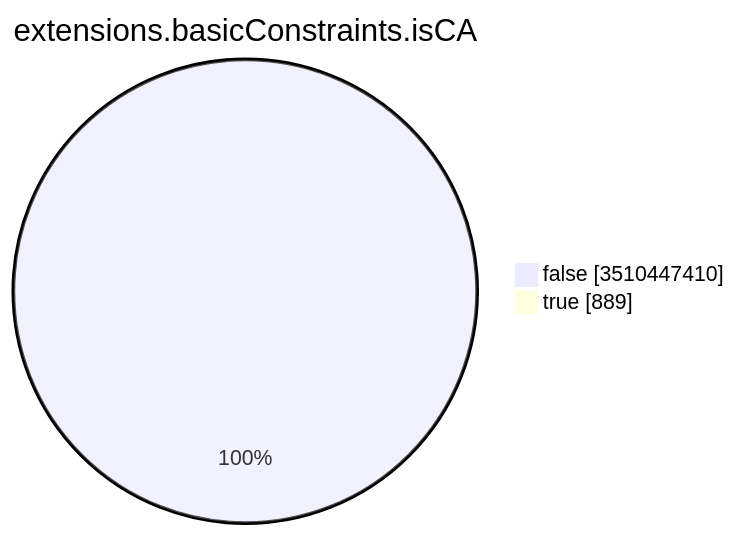
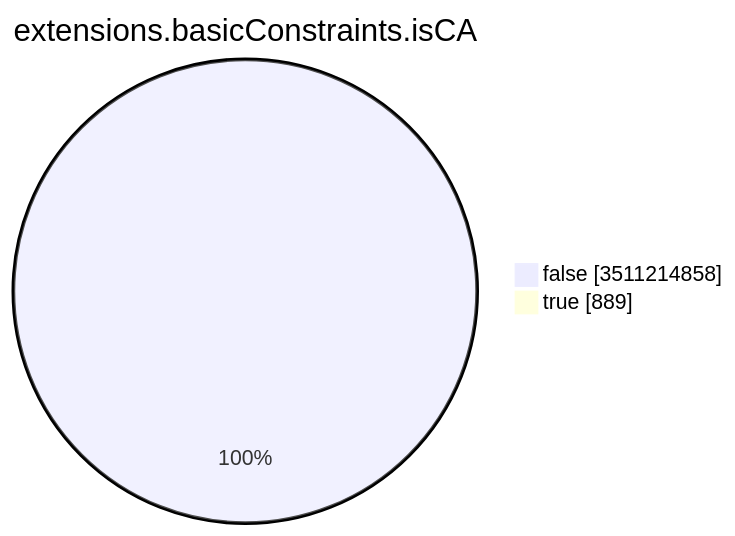
One commit to christiankrug/ctmonitor_visualization changed the seventh of 15 diagrams in TOTAL/README.md. Above: the diagram before and after it, drawn with Mermaid. The commit also changed other lines of this file, not shown here.

````diff
--- a/TOTAL/README.md
+++ b/TOTAL/README.md
@@ -3094,6 +3094,6 @@
 ```mermaid
 pie showData
 title extensions.basicConstraints.isCA
-"false" :3510447410
+"false" :3511214858
 "true" :889
 ```
````
